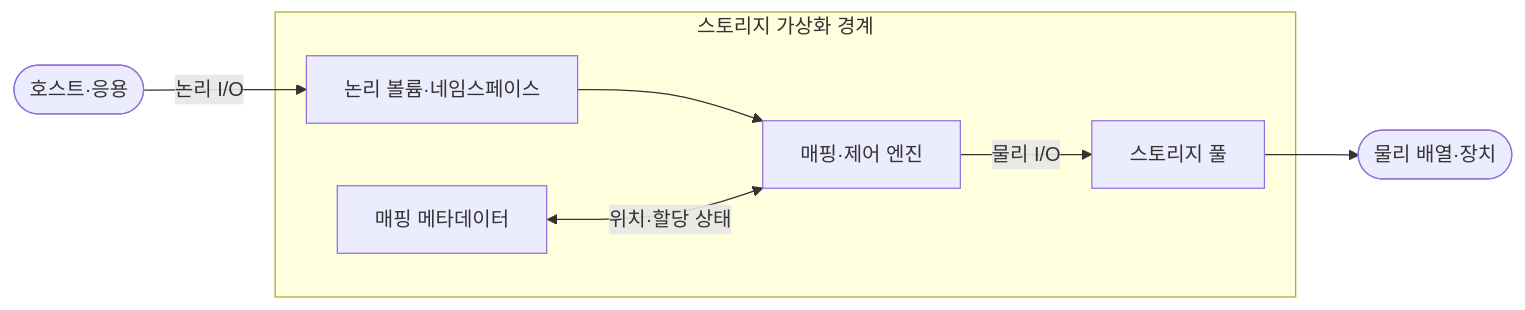
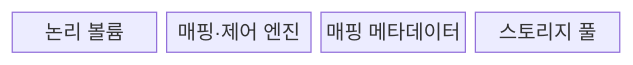
The first of 2 diagrams in src/content/docs/notes/02-hardware/081_storage_virtualization.md (agnusdei1207/knowledge-base), drawn with Mermaid before and after one commit. The commit also changed other lines of this file and 20 other files, not shown here.

````diff
--- a/src/content/docs/notes/02-hardware/081_storage_virtualization.md
+++ b/src/content/docs/notes/02-hardware/081_storage_virtualization.md
@@ -67,10 +65,8 @@
 ```mermaid
-flowchart LR
-    H([호스트·응용]) -->|"논리 I/O"| L
-    subgraph V["스토리지 가상화 경계"]
-        L["논리 볼륨·네임스페이스"] --> M["매핑·제어 엔진"]
-        T["매핑 메타데이터"] <-->|"위치·할당 상태"| M
-        M -->|"물리 I/O"| P["스토리지 풀"]
-    end
-    P --> D([물리 배열·장치])
+block
+  columns 4
+  A["논리 볼륨"]
+  B["매핑·제어 엔진"]
+  C["매핑 메타데이터"]
+  D["스토리지 풀"]
 ```
````
